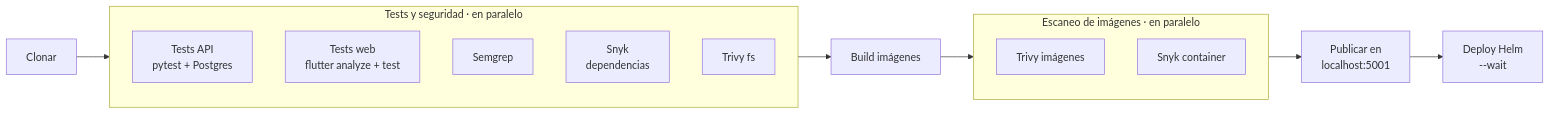
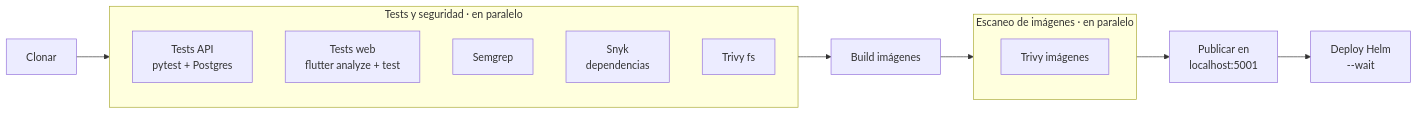
Before and after one commit to fedepds/BrewTrack: the second of 2 diagrams in README.md, drawn with Mermaid. The commit also changed other lines of this file and 3 other files, not shown here.

Commit message:
fix(ci): Trivy de imágenes reemplaza a Snyk container y deja informe en reports/

````diff
--- a/README.md
+++ b/README.md
@@ -174,18 +174,17 @@
 ```mermaid
 flowchart LR
   A[Clonar] --> B
   subgraph B[Tests y seguridad · en paralelo]
     B1[Tests API<br/>pytest + Postgres]
     B2[Tests web<br/>flutter analyze + test]
     B3[Semgrep]
     B4[Snyk<br/>dependencias]
     B5[Trivy fs]
   end
   B --> C[Build imágenes]
   C --> D
   subgraph D[Escaneo de imágenes · en paralelo]
     D1[Trivy imágenes]
-    D2[Snyk container]
   end
   D --> E[Publicar en<br/>localhost:5001] --> F[Deploy Helm<br/>--wait]
 ```
````
